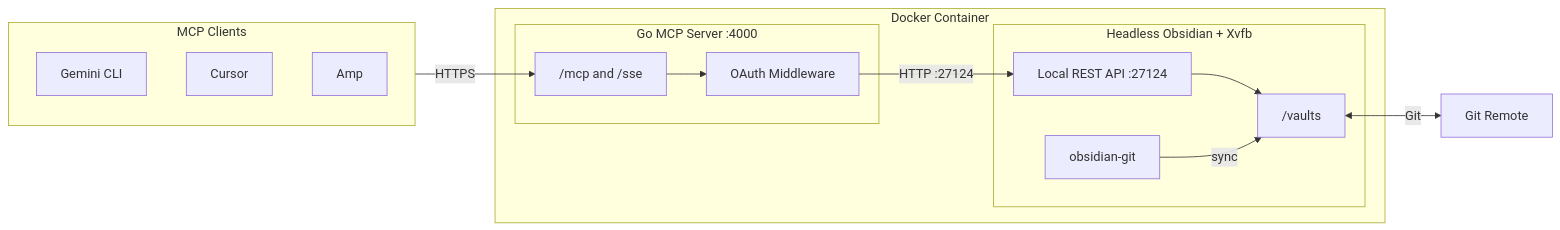
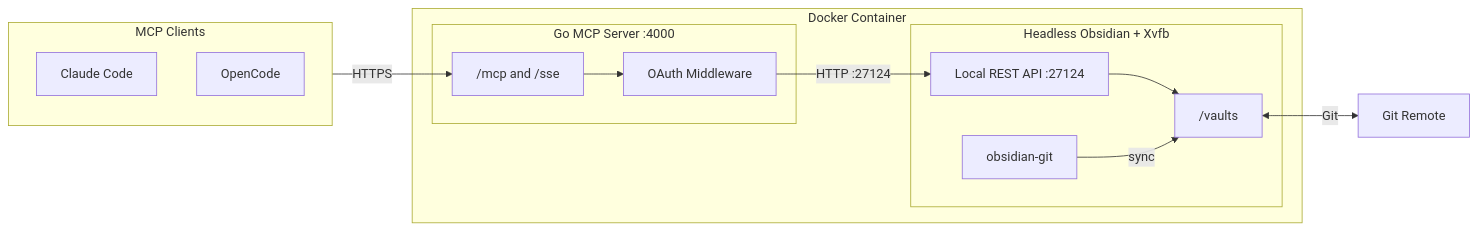
Before and after one commit to shanehull/obsidian-remote: the diagram in README.md, drawn with Mermaid. The commit also changed other lines of this file and 4 other files, not shown here.

````diff
--- a/README.md
+++ b/README.md
@@ -155,30 +148,29 @@
 ```mermaid
 flowchart LR
     subgraph clients ["MCP Clients"]
-        gemini["Gemini CLI"]
-        cursor["Cursor"]
-        amp["Amp"]
+        claude["Claude Code"]
+        opencode["OpenCode"]
     end
 
     subgraph container ["Docker Container"]
         subgraph server ["Go MCP Server :4000"]
             transport["/mcp and /sse"]
             auth["OAuth Middleware"]
         end
 
         subgraph obsidian ["Headless Obsidian + Xvfb"]
             api["Local REST API :27124"]
             git["obsidian-git"]
             vault["/vaults"]
         end
     end
 
     remote["Git Remote"]
 
     clients -->|HTTPS| transport
     transport --> auth
     auth -->|"HTTP :27124"| api
     api --> vault
     git -->|sync| vault
     vault <-->|Git| remote
 ```
````
